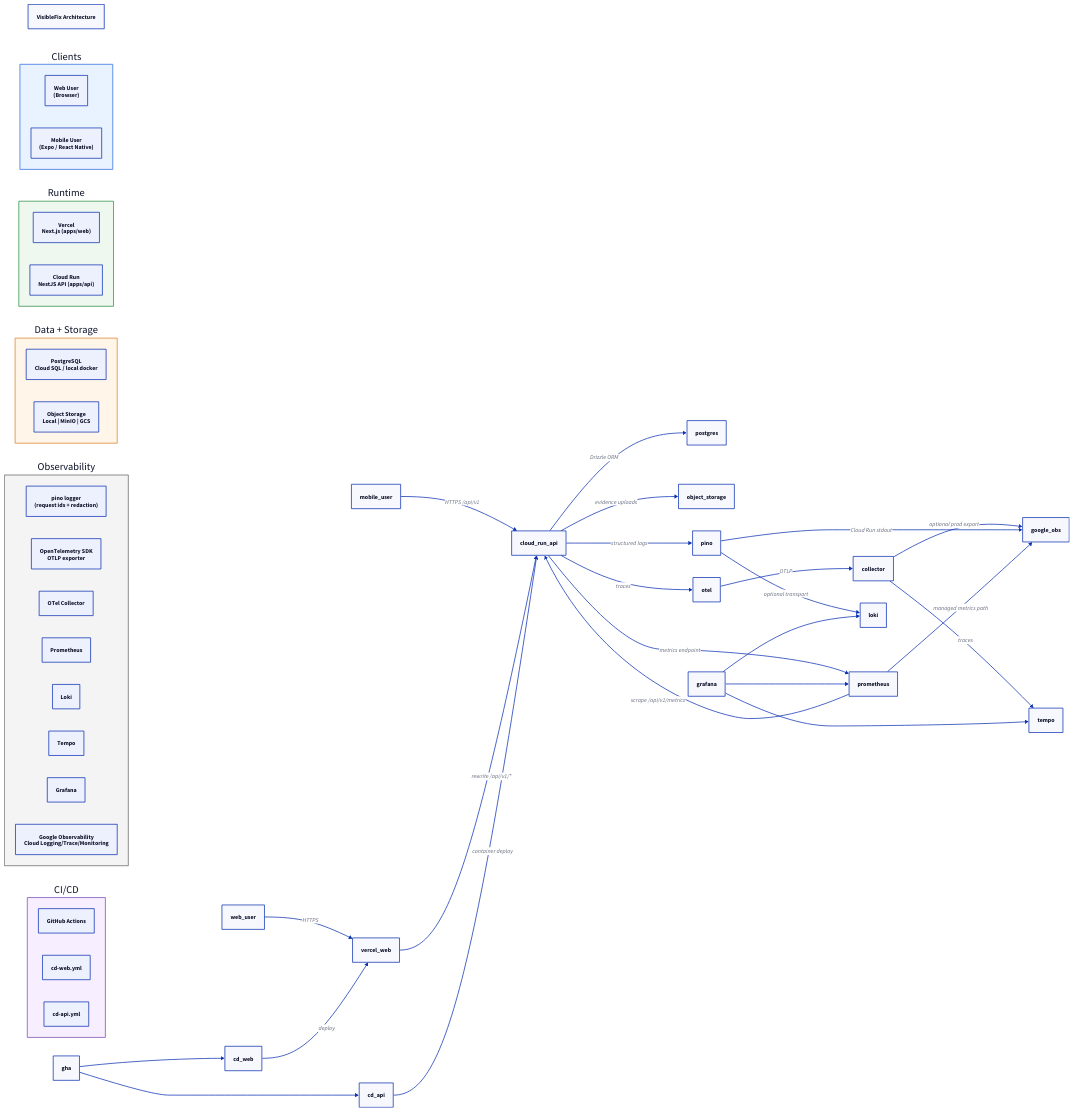
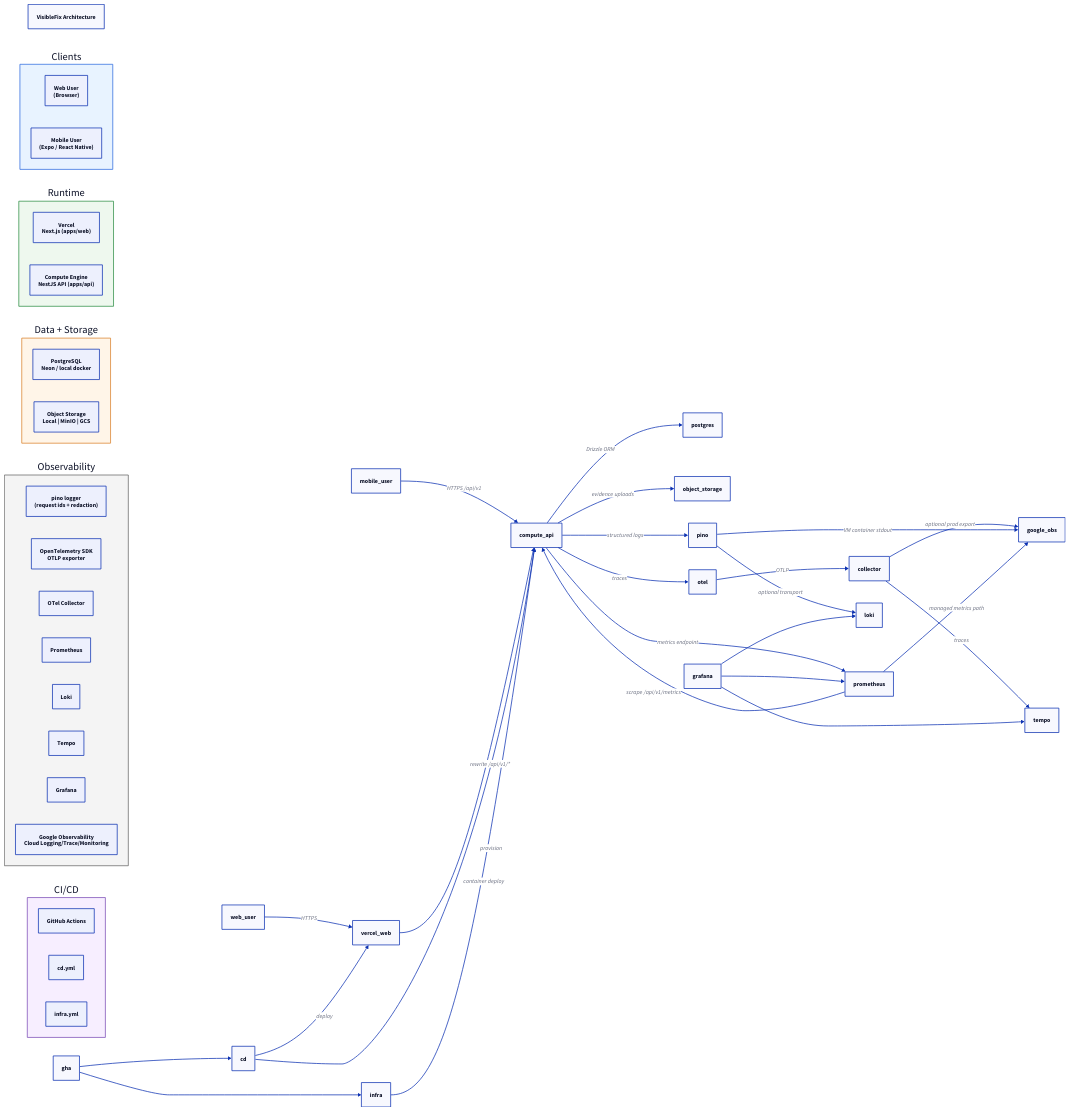
The diagram in docs/architecture.d2 (Krr0ptioN/visible-fix), drawn with D2 before and after one commit. The commit also changed 18 other files, not shown here.

Commit message:
ops: moving to compute engine and neon database

```diff
--- a/docs/architecture.d2
+++ b/docs/architecture.d2
@@ -1,87 +1,88 @@
 direction: right
 
 title: "VisibleFix Architecture"
 
 clients: {
   label: "Clients"
   style: {
     fill: "#E8F3FF"
     stroke: "#2D6CDF"
   }
   web_user: "Web User\n(Browser)"
   mobile_user: "Mobile User\n(Expo / React Native)"
 }
 
 runtime: {
   label: "Runtime"
   style: {
     fill: "#EEF8EE"
     stroke: "#2F8F46"
   }
   vercel_web: "Vercel\nNext.js (apps/web)"
-  cloud_run_api: "Cloud Run\nNestJS API (apps/api)"
+  compute_api: "Compute Engine\nNestJS API (apps/api)"
 }
 
 data: {
   label: "Data + Storage"
   style: {
     fill: "#FFF5E8"
     stroke: "#D9822B"
   }
-  postgres: "PostgreSQL\nCloud SQL / local docker"
+  postgres: "PostgreSQL\nNeon / local docker"
   object_storage: "Object Storage\nLocal | MinIO | GCS"
 }
 
 obs: {
   label: "Observability"
   style: {
     fill: "#F4F4F4"
     stroke: "#666666"
   }
   pino: "pino logger\n(request ids + redaction)"
   otel: "OpenTelemetry SDK\nOTLP exporter"
   collector: "OTel Collector"
   prometheus: "Prometheus"
   loki: "Loki"
   tempo: "Tempo"
   grafana: "Grafana"
   google_obs: "Google Observability\nCloud Logging/Trace/Monitoring"
 }
 
 cicd: {
   label: "CI/CD"
   style: {
     fill: "#F7EEFF"
     stroke: "#7A4DB6"
   }
   gha: "GitHub Actions"
-  cd_web: "cd-web.yml"
-  cd_api: "cd-api.yml"
+  cd: "cd.yml"
+  infra: "infra.yml"
 }
 
 web_user -> vercel_web: "HTTPS"
-mobile_user -> cloud_run_api: "HTTPS /api/v1"
-vercel_web -> cloud_run_api: "rewrite /api/v1/*"
-cloud_run_api -> postgres: "Drizzle ORM"
-cloud_run_api -> object_storage: "evidence uploads"
+mobile_user -> compute_api: "HTTPS /api/v1"
+vercel_web -> compute_api: "rewrite /api/v1/*"
+compute_api -> postgres: "Drizzle ORM"
+compute_api -> object_storage: "evidence uploads"
 
-cloud_run_api -> pino: "structured logs"
-cloud_run_api -> otel: "traces"
-cloud_run_api -> prometheus: "metrics endpoint"
+compute_api -> pino: "structured logs"
+compute_api -> otel: "traces"
+compute_api -> prometheus: "metrics endpoint"
 otel -> collector: "OTLP"
 collector -> tempo: "traces"
 pino -> loki: "optional transport"
-prometheus -> cloud_run_api: "scrape /api/v1/metrics"
+prometheus -> compute_api: "scrape /api/v1/metrics"
 
 grafana -> prometheus
 grafana -> loki
 grafana -> tempo
 
 collector -> google_obs: "optional prod export"
-pino -> google_obs: "Cloud Run stdout"
+pino -> google_obs: "VM container stdout"
 prometheus -> google_obs: "managed metrics path"
 
-gha -> cd_web
-gha -> cd_api
-cd_web -> vercel_web: "deploy"
-cd_api -> cloud_run_api: "container deploy"
+gha -> cd
+gha -> infra
+cd -> compute_api: "container deploy"
+cd -> vercel_web: "deploy"
+infra -> compute_api: "provision"
```
